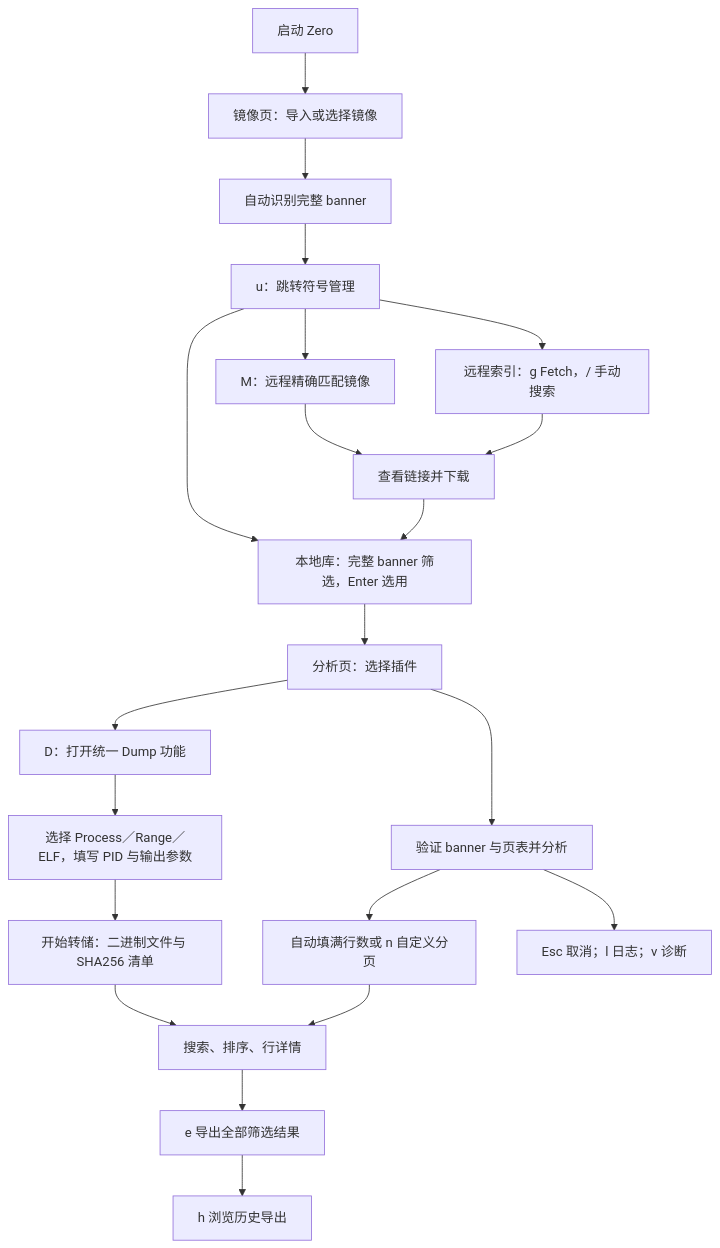
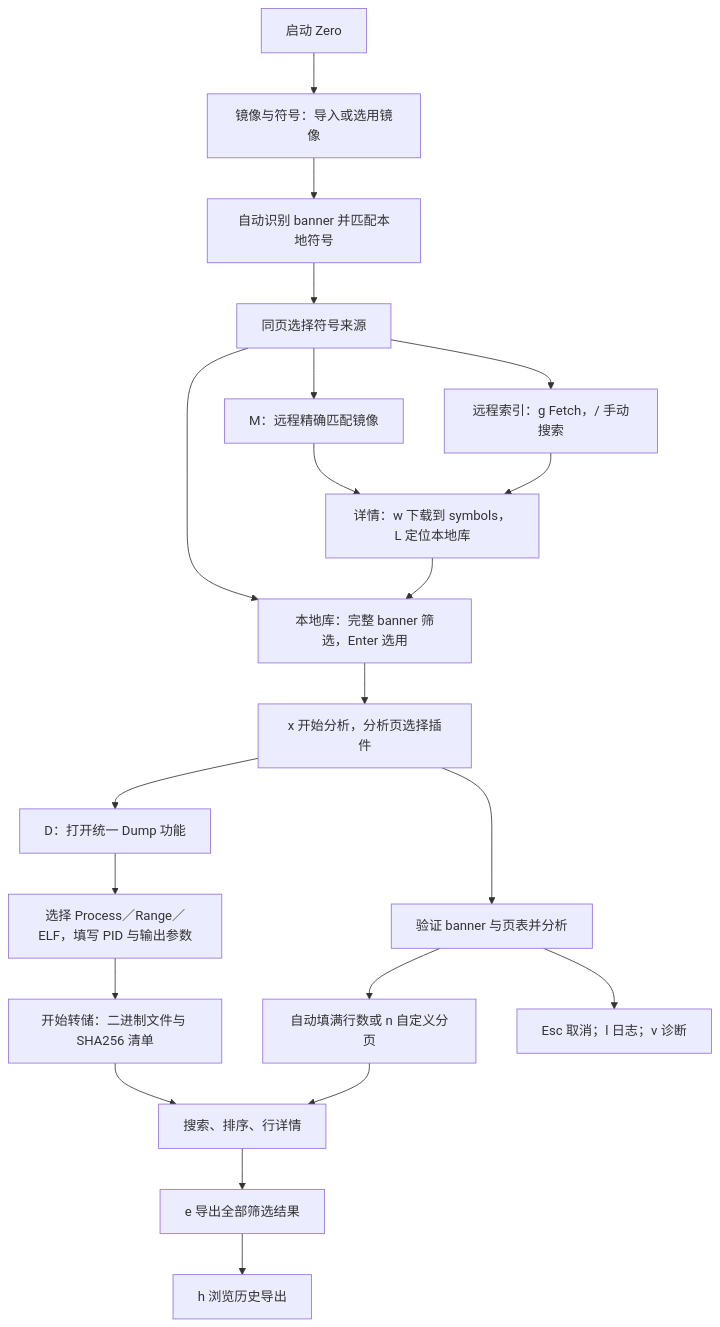
Before and after one commit to Sunmedalia/Zero: the diagram in README.md, drawn with Mermaid. The commit also changed other lines of this file and 11 other files, not shown here.

````diff
--- a/README.md
+++ b/README.md
@@ -23,23 +40,23 @@
 ```mermaid
 flowchart TD
-    A[启动 Zero] --> B[镜像页：导入或选择镜像]
-    B --> C[自动识别完整 banner]
-    C --> D[u：跳转符号管理]
+    A[启动 Zero] --> B[镜像与符号：导入或选用镜像]
+    B --> C[自动识别 banner 并匹配本地符号]
+    C --> D[同页选择符号来源]
     D --> E[本地库：完整 banner 筛选，Enter 选用]
     D --> F[M：远程精确匹配镜像]
     D --> G[远程索引：g Fetch，/ 手动搜索]
-    F --> H[查看链接并下载]
+    F --> H[详情：w 下载到 symbols，L 定位本地库]
     G --> H
     H --> E
-    E --> I[分析页：选择插件]
+    E --> I[x 开始分析，分析页选择插件]
     I --> J[验证 banner 与页表并分析]
     I --> P[D：打开统一 Dump 功能]
     P --> Q[选择 Process／Range／ELF，填写 PID 与输出参数]
     Q --> R[开始转储：二进制文件与 SHA256 清单]
     R --> L
     J --> K[自动填满行数或 n 自定义分页]
     K --> L[搜索、排序、行详情]
     L --> M[e 导出全部筛选结果]
     M --> N[h 浏览历史导出]
     J --> O[Esc 取消；l 日志；v 诊断]
 ```
````
